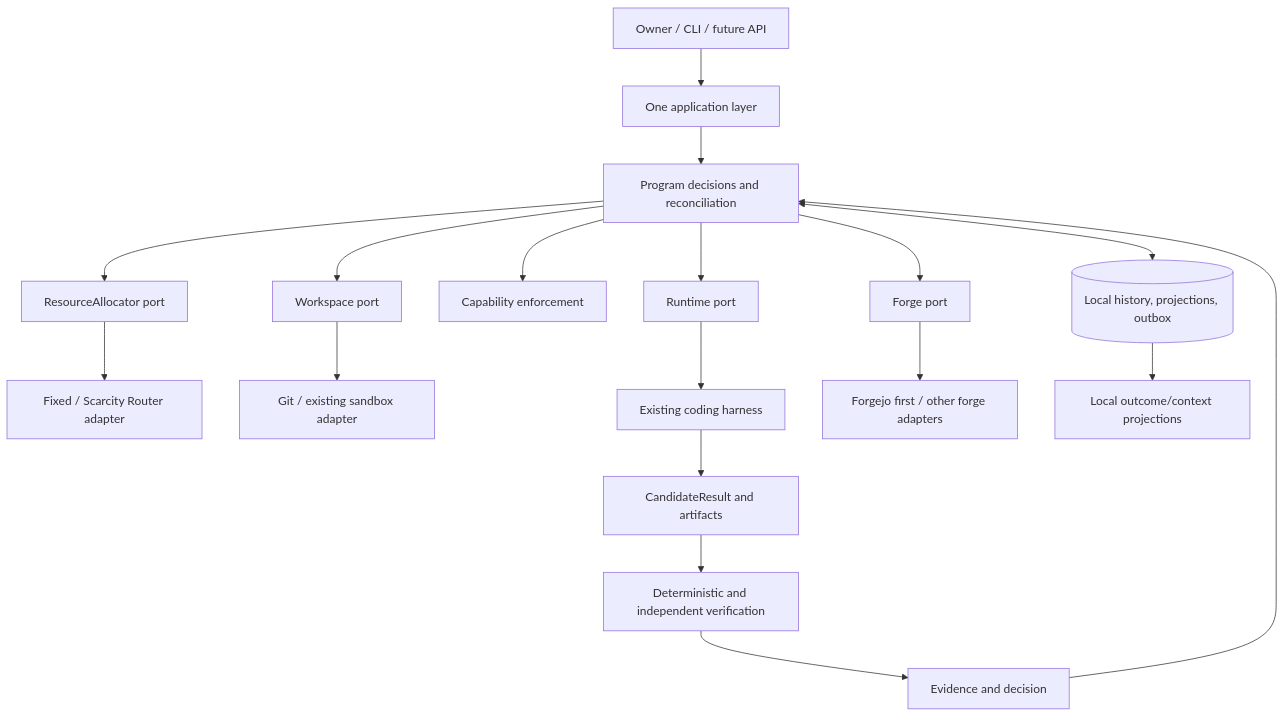
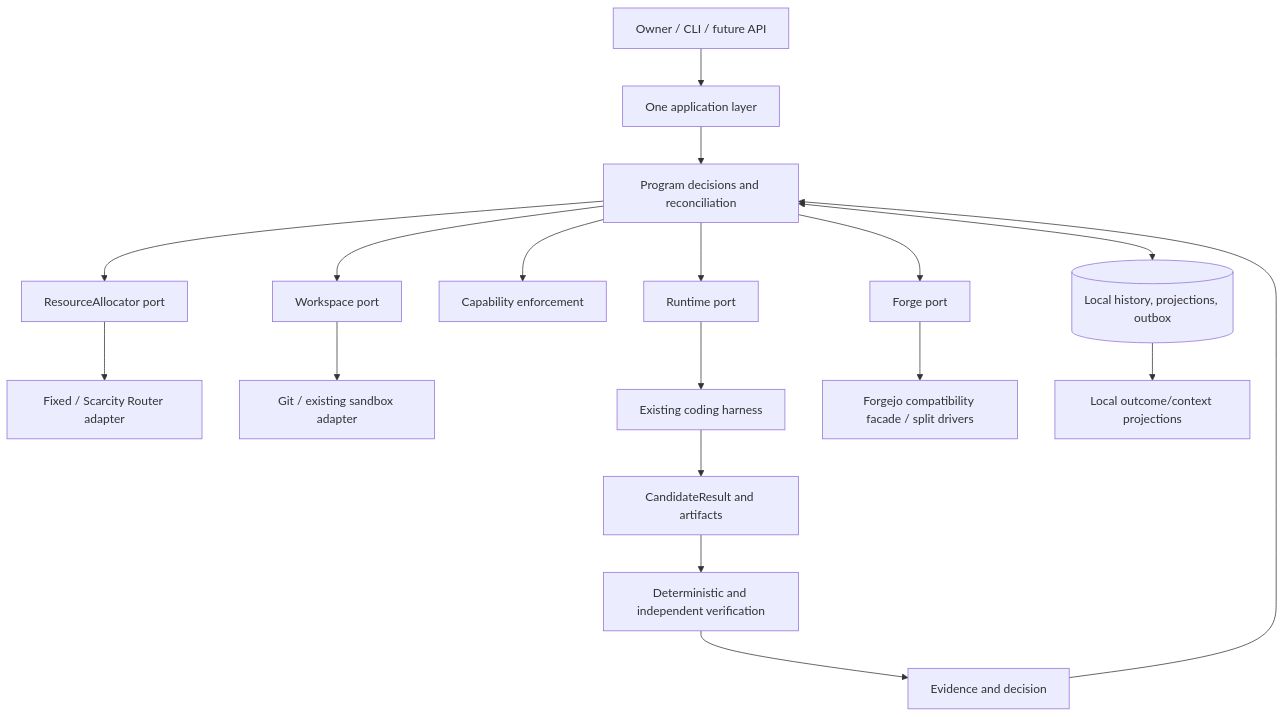
One commit to creatidy/creatidy-kernel changed the second of 2 diagrams in docs/architecture/target.md. Above: the diagram before and after it, drawn with Mermaid. The commit also changed other lines of this file and 15 other files, not shown here.

Commit message:
docs: unify work coordination and driver architecture (#103)

````diff
--- a/docs/architecture/target.md
+++ b/docs/architecture/target.md
@@ -91,20 +141,20 @@
 ```mermaid
 flowchart TD
     O[Owner / CLI / future API] --> A[One application layer]
     A --> K[Program decisions and reconciliation]
     K <--> D[(Local history, projections, outbox)]
     K --> R[ResourceAllocator port]
     K --> C[Capability enforcement]
     K --> W[Workspace port]
     K --> X[Runtime port]
     K --> F[Forge port]
     R --> RA[Fixed / Scarcity Router adapter]
     W --> WA[Git / existing sandbox adapter]
     X --> XA[Existing coding harness]
-    F --> FA[Forgejo first / other forge adapters]
+    F --> FA[Forgejo compatibility facade / split drivers]
     XA --> CR[CandidateResult and artifacts]
     CR --> V[Deterministic and independent verification]
     V --> E[Evidence and decision]
     E --> K
     D --> H[Local outcome/context projections]
 ```
````
